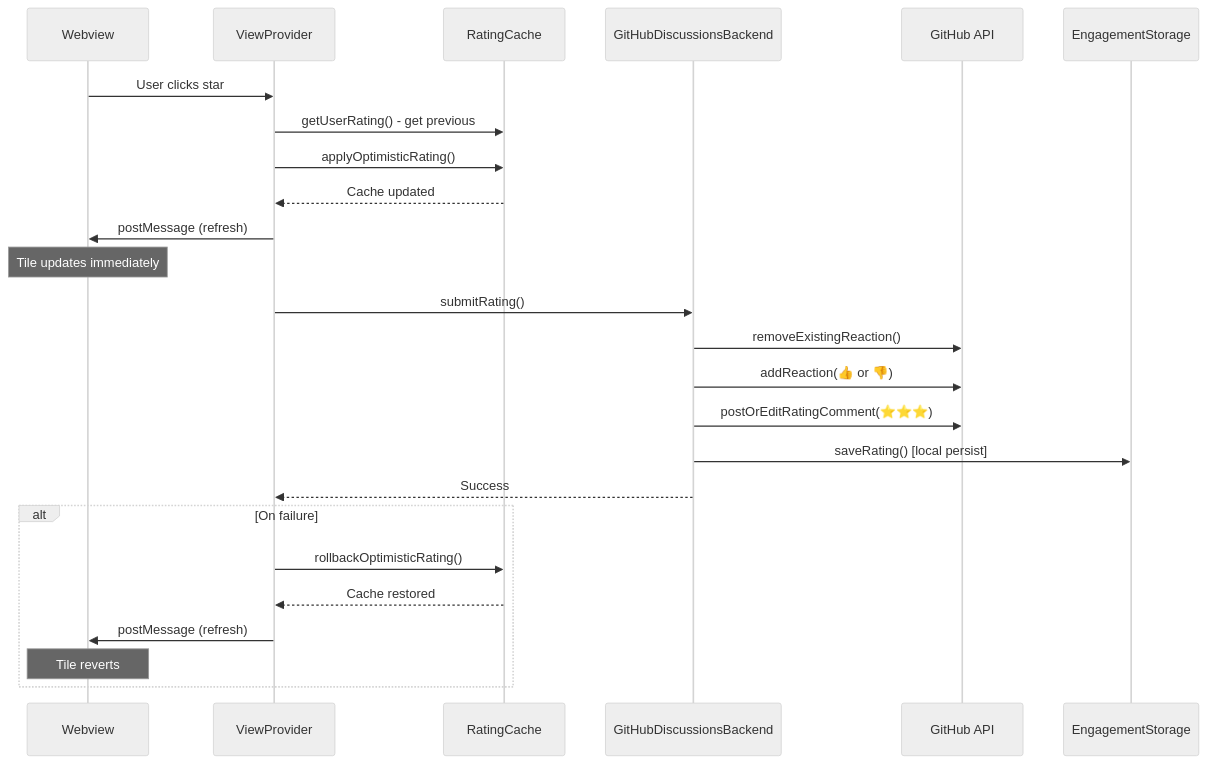
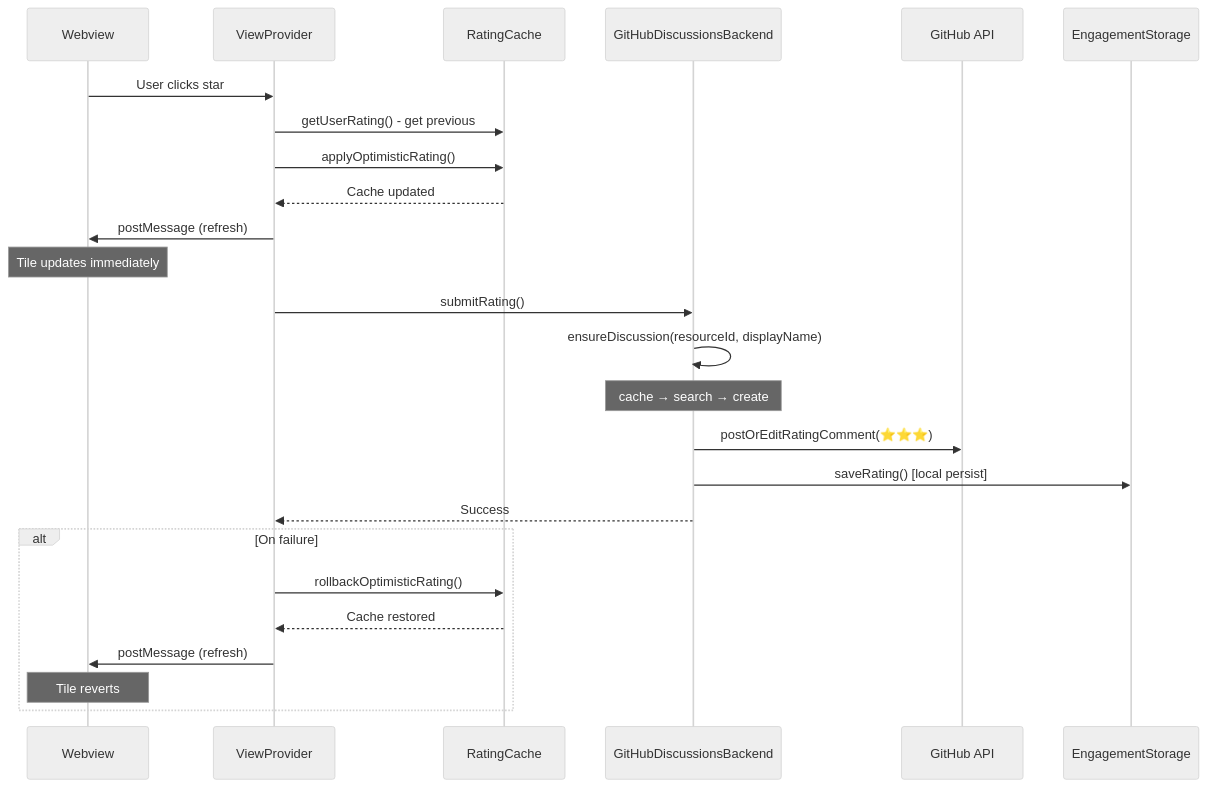
Before and after one commit to gblanc-1a/prompt-registry: the fourth of 4 diagrams in docs/contributor-guide/architecture/engagement.md, drawn with Mermaid (neutral theme). The commit also changed other lines of this file and 4 other files, not shown here.

First line of the commit message:
docs(engagement): document lazy discussion creation flow

````diff
--- a/docs/contributor-guide/architecture/engagement.md
+++ b/docs/contributor-guide/architecture/engagement.md
@@ -253,30 +268,30 @@
 ```mermaid
 sequenceDiagram
     participant UI as Webview
     participant VP as ViewProvider
     participant RC as RatingCache
     participant Backend as GitHubDiscussionsBackend
     participant GH as GitHub API
     participant Storage as EngagementStorage
     
     UI->>VP: User clicks star
     VP->>RC: getUserRating() - get previous
     VP->>RC: applyOptimisticRating()
     RC-->>VP: Cache updated
     VP->>UI: postMessage (refresh)
     Note over UI: Tile updates immediately
     
     VP->>Backend: submitRating()
-    Backend->>GH: removeExistingReaction()
-    Backend->>GH: addReaction(👍 or 👎)
+    Backend->>Backend: ensureDiscussion(resourceId, displayName)
+    Note over Backend: cache → search → create
     Backend->>GH: postOrEditRatingComment(⭐⭐⭐)
     Backend->>Storage: saveRating() [local persist]
     Backend-->>VP: Success
     
     alt On failure
         VP->>RC: rollbackOptimisticRating()
         RC-->>VP: Cache restored
         VP->>UI: postMessage (refresh)
         Note over UI: Tile reverts
     end
 ```
````
